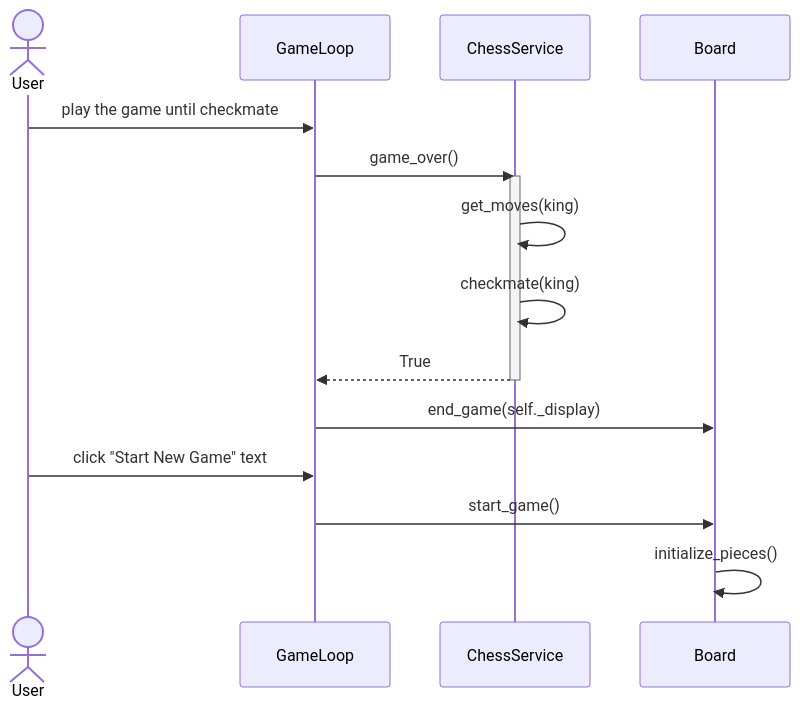
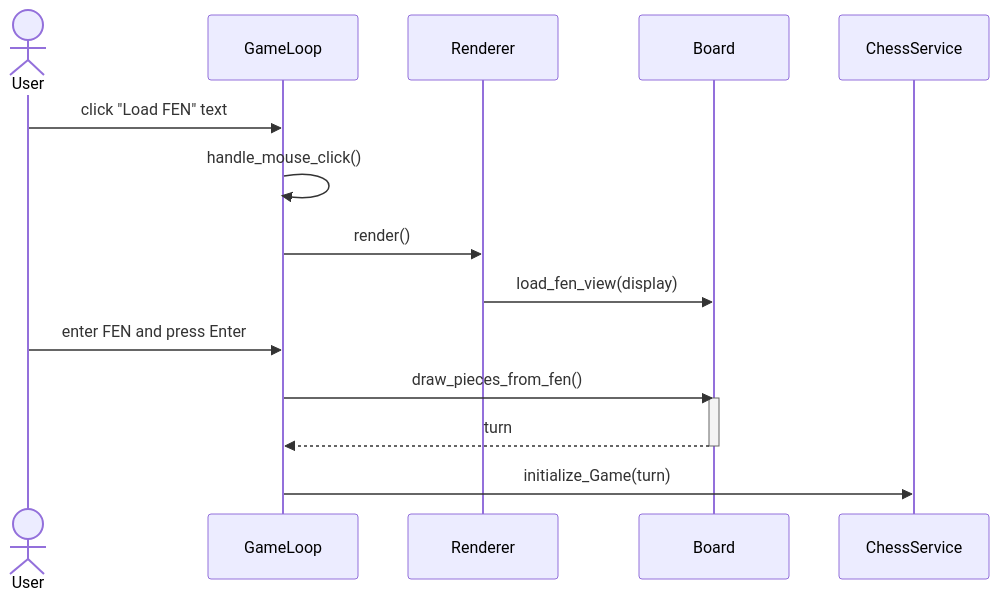
The second of 4 diagrams in dokumentaatio/arkkitehtuuri.md (sakorh/ot-harjoitustyo), drawn with Mermaid before and after one commit. The commit also changed other lines of this file and 11 other files, not shown here.

````diff
--- a/dokumentaatio/arkkitehtuuri.md
+++ b/dokumentaatio/arkkitehtuuri.md
@@ -83,18 +102,18 @@
 ```mermaid
 sequenceDiagram
   actor User
   participant GameLoop
+  participant Renderer
+  participant Board
   participant ChessService
-  participant Board
-  User->>GameLoop: play the game until checkmate
-  GameLoop->>ChessService: game_over()
-  activate ChessService
-  ChessService ->> ChessService: get_moves(king)
-  ChessService->>ChessService: checkmate(king)
-  ChessService-->>GameLoop: True
-  deactivate ChessService
-  GameLoop->>Board: end_game(self._display)
-  User ->> GameLoop: click "Start New Game" text
-  GameLoop ->> Board: start_game()
-  Board->>Board: initialize_pieces()
+  User->>GameLoop: click "Load FEN" text
+  GameLoop->>GameLoop: handle_mouse_click() 
+  GameLoop->>Renderer: render()
+  Renderer->>Board: load_fen_view(display)
+  User->>GameLoop: enter FEN and press Enter
+  GameLoop->>Board: draw_pieces_from_fen()
+  activate Board
+  Board-->>GameLoop: turn
+  deactivate Board
+  GameLoop->>ChessService: initialize_Game(turn)
 ```
````
